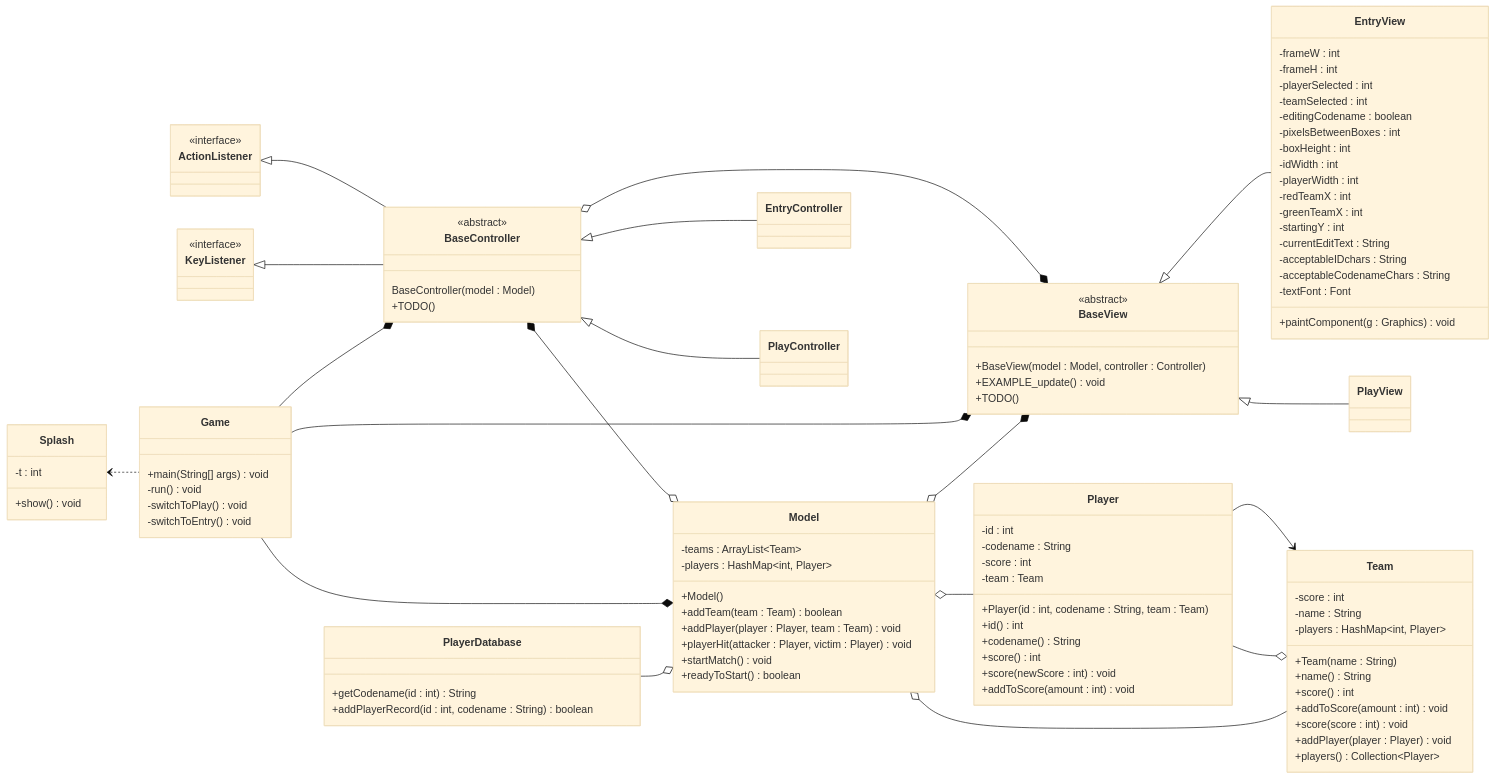
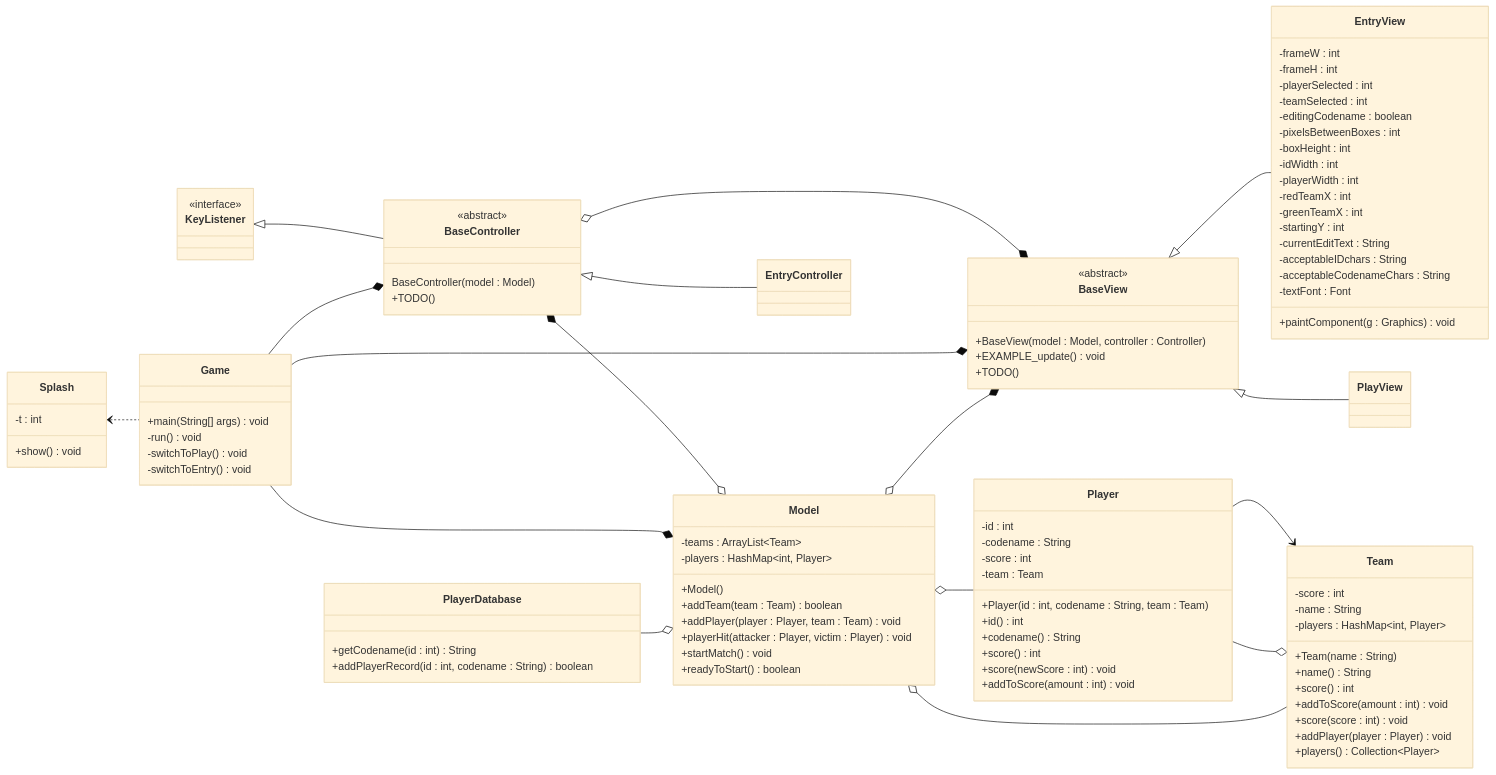
Before and after one commit to UArk-CSCE-3513-2022-Fall-Team-01/Photon: the diagram in doc/class-diagram-proposal.md, drawn with Mermaid (base theme).

Commit message:
Un-plan ActionListener and PlayController

```diff
--- a/doc/class-diagram-proposal.md
+++ b/doc/class-diagram-proposal.md
@@ -18,11 +18,9 @@
     BaseView <|-- EntryView
     BaseView <|-- PlayView
     Splash <.. Game
-    ActionListener <|-- BaseController
     KeyListener <|-- BaseController
     Game --* BaseController
 
-    <<interface>> ActionListener
     <<interface>> KeyListener
 
     class Splash {
@@ -84,10 +82,6 @@
     }
     BaseController <|-- EntryController
 
-    class PlayController {
-    }
-    BaseController <|-- PlayController
-
     class Game {
         +main(String[] args) void
         -run() void
```
